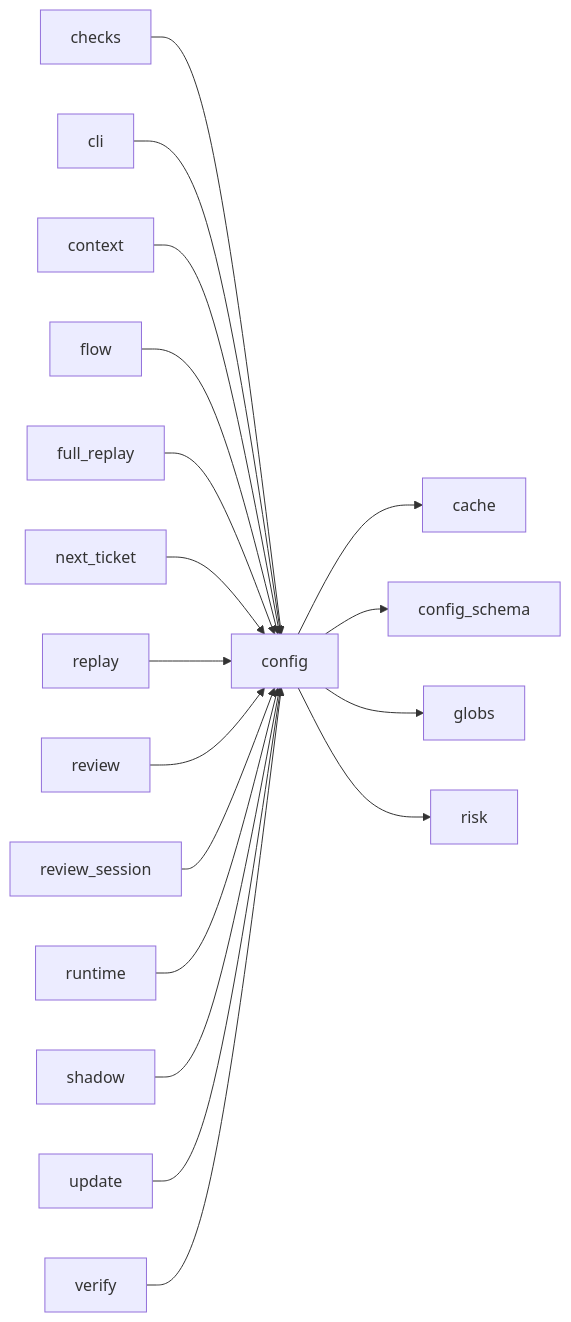
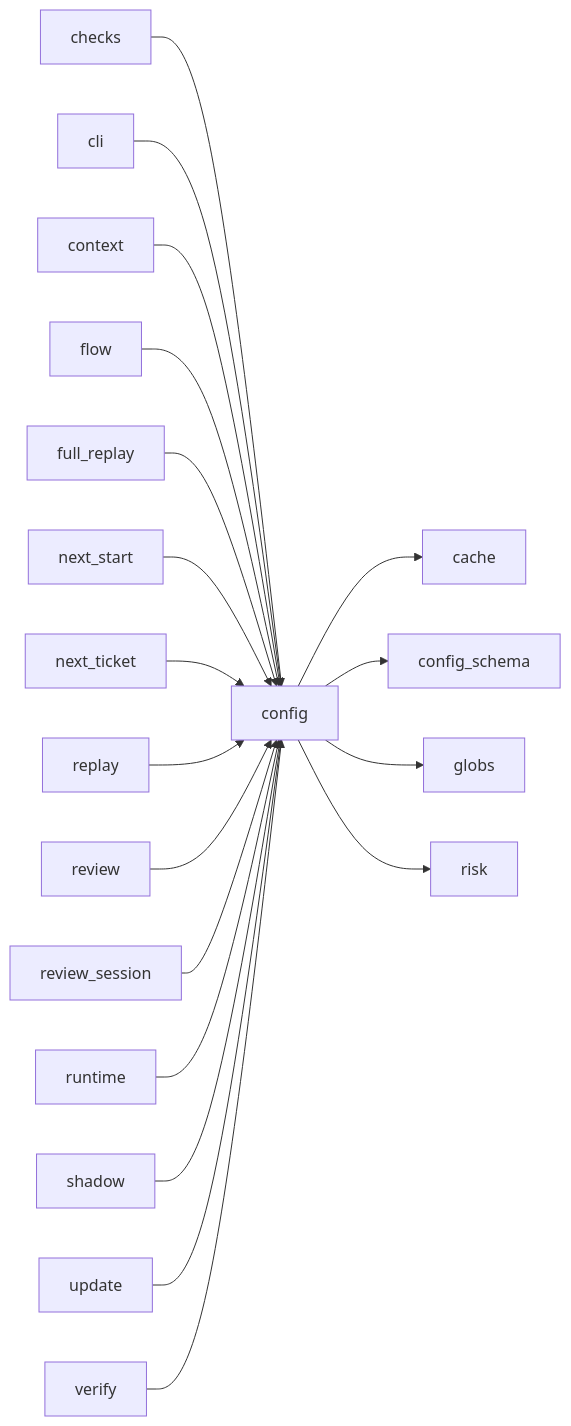
One commit to plaplanche/ariane changed the third of 3 diagrams in docs/architecture/modules/config.md. Above: the diagram before and after it, drawn with Mermaid. The commit also changed 27 other files, not shown here.

````diff
--- a/docs/architecture/modules/config.md
+++ b/docs/architecture/modules/config.md
@@ -181,20 +181,21 @@
 ```mermaid
 flowchart LR
   checks --> config
   cli --> config
   config --> cache
   config --> config_schema
   config --> globs
   config --> risk
   context --> config
   flow --> config
   full_replay --> config
+  next_start --> config
   next_ticket --> config
   replay --> config
   review --> config
   review_session --> config
   runtime --> config
   shadow --> config
   update --> config
   verify --> config
 ```
````
